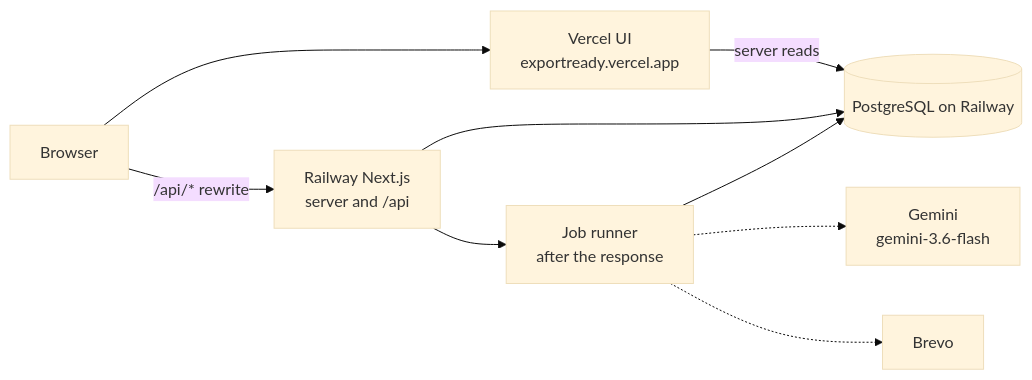
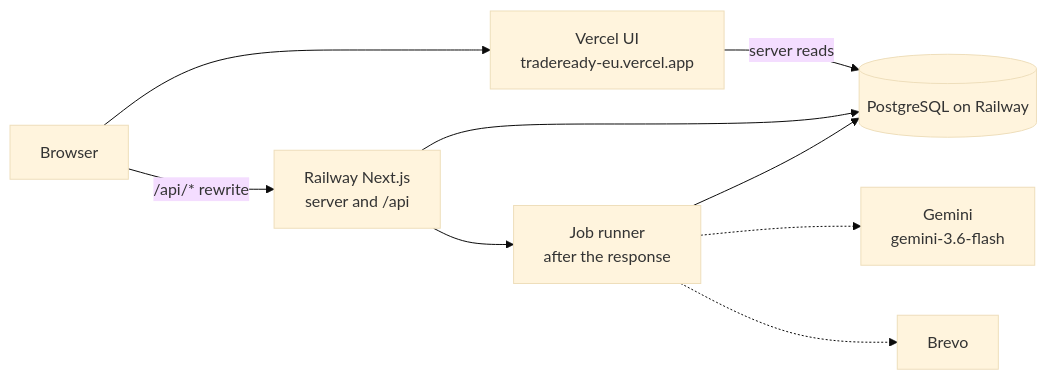
Before and after one commit to namnhatpham1995/hackathon-stuttgart-2026: the diagram in README.md, drawn with Mermaid (base theme). The commit also changed other lines of this file and 2 other files, not shown here.

Commit message:
docs: point the demo links at tradeready-eu.vercel.app (#46)

````diff
--- a/README.md
+++ b/README.md
@@ -50,19 +50,19 @@
 ```mermaid
 flowchart LR
   browser[Browser]
-  vercel["Vercel UI<br/>exportready.vercel.app"]
+  vercel["Vercel UI<br/>tradeready-eu.vercel.app"]
   railway["Railway Next.js<br/>server and /api"]
   runner["Job runner<br/>after the response"]
   postgres[(PostgreSQL on Railway)]
   gemini["Gemini<br/>gemini-3.6-flash"]
   brevo[Brevo]
 
   browser --> vercel
   browser -->|"/api/* rewrite"| railway
   vercel -->|"server reads"| postgres
   railway --> postgres
   railway --> runner
   runner --> postgres
   runner -.-> gemini
   runner -.-> brevo
 ```
````
